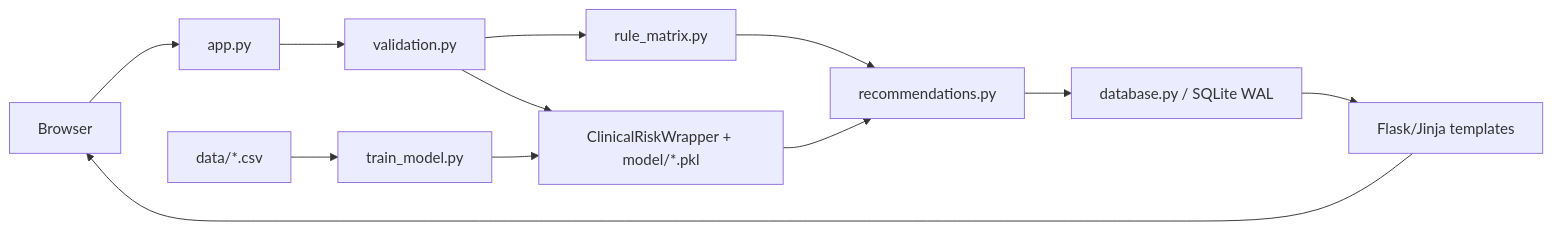
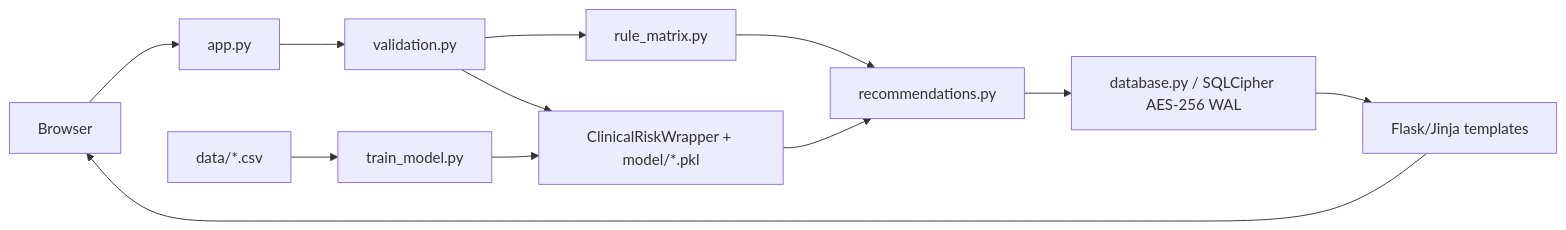
One commit to n-leigh/diabetes-check changed the diagram in ARCHITECTURE.md. Above: the diagram before and after it, drawn with Mermaid. The commit also changed other lines of this file and 9 other files, not shown here.

````diff
--- a/ARCHITECTURE.md
+++ b/ARCHITECTURE.md
@@ -3,13 +3,13 @@
 ```mermaid
 flowchart LR
   Browser --> Flask[app.py]
   Flask --> Validate[validation.py]
   Validate --> Rules[rule_matrix.py]
   Validate --> Models[ClinicalRiskWrapper + model/*.pkl]
   Rules --> Guidance[recommendations.py]
   Models --> Guidance
-  Guidance --> SQLite[database.py / SQLite WAL]
+  Guidance --> SQLite[database.py / SQLCipher AES-256 WAL]
   SQLite --> Templates[Flask/Jinja templates]
   Templates --> Browser
   Cohorts[data/*.csv] --> Train[train_model.py] --> Models
 ```
````
